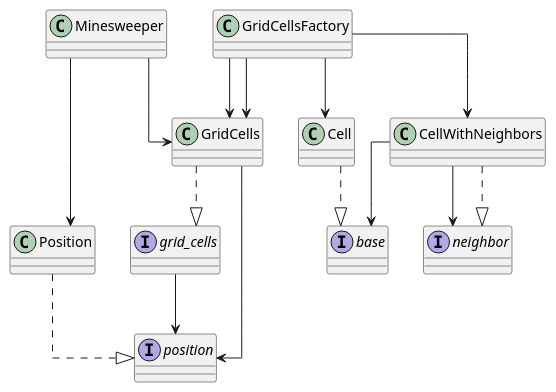
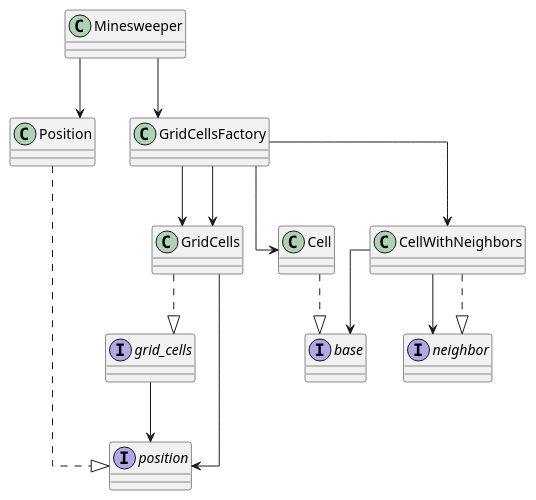
Before and after one commit to Yuhi-Sato/minesweeper: the diagram in diagrams/overview.plantuml, drawn with PlantUML.

Commit message:
fix: 🐛 ダイアグラム修正

```diff
--- a/diagrams/overview.plantuml
+++ b/diagrams/overview.plantuml
@@ -1,36 +1,36 @@
 @startuml overview
 
 top to bottom direction
 
 skinparam defaultFontName HackGen
 
 skinparam linetype ortho
 
 interface grid_cells {}
 interface position {}
 interface neighbor {}
 interface base {}
 
 Minesweeper --> Position
-Minesweeper --> GridCells
+Minesweeper --> GridCellsFactory
 
 GridCellsFactory --> GridCells
 
 GridCells ..|> grid_cells
 GridCells --> position
 
 grid_cells --> position
 
 Position ..|> position
 
 GridCellsFactory --> Cell
 GridCellsFactory --> CellWithNeighbors
 GridCellsFactory --> GridCells
 
 CellWithNeighbors --> neighbor
 CellWithNeighbors ..|> neighbor
 CellWithNeighbors --> base
 
 Cell ..|> base
 
 @enduml
```
